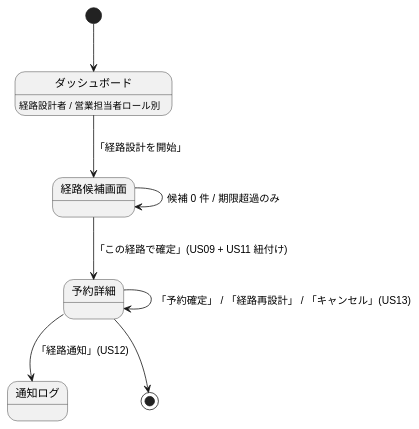
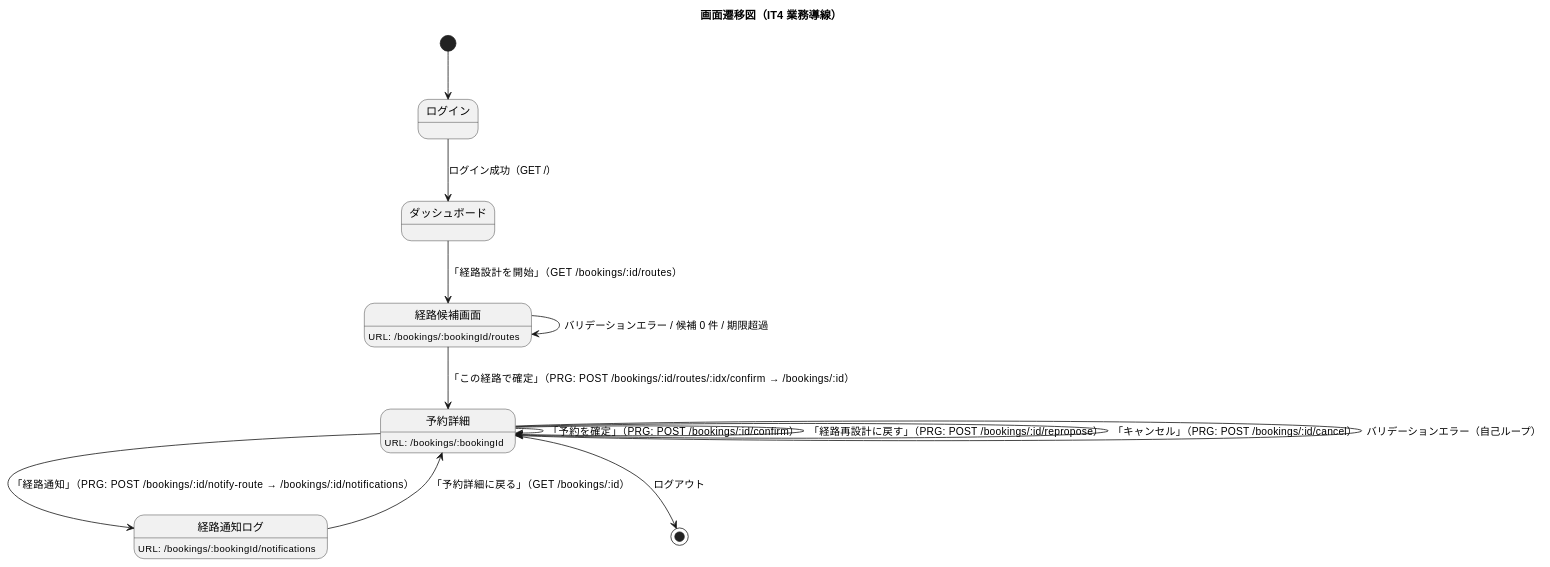
The fifth of 5 diagrams in docs/development/iteration_plan-4.md (k2works/case-study-cargo-tracker), drawn with PlantUML before and after one commit. The commit also changed other lines of this file, not shown here.

````diff
--- a/docs/development/iteration_plan-4.md
+++ b/docs/development/iteration_plan-4.md
@@ -310,13 +527,30 @@
 ```plantuml
 @startuml
-[*] --> ダッシュボード
-state ダッシュボード : 経路設計者 / 営業担当者ロール別
 
-ダッシュボード --> 経路候補画面 : 「経路設計を開始」
-経路候補画面 --> 経路候補画面 : 候補 0 件 / 期限超過のみ
-経路候補画面 --> 予約詳細 : 「この経路で確定」(US09 + US11 紐付け)
-予約詳細 --> 通知ログ : 「経路通知」(US12)
-予約詳細 --> 予約詳細 : 「予約確定」 / 「経路再設計」 / 「キャンセル」(US13)
-予約詳細 --> [*]
+title 画面遷移図（IT4 業務導線）
+
+[*] --> ログイン
+
+state ログイン
+ログイン --> ダッシュボード : ログイン成功（GET /）
+
+state ダッシュボード
+ダッシュボード --> 経路候補画面 : 「経路設計を開始」（GET /bookings/:id/routes）
+
+state 経路候補画面 : URL: /bookings/:bookingId/routes
+経路候補画面 --> 予約詳細 : 「この経路で確定」（PRG: POST /bookings/:id/routes/:idx/confirm → /bookings/:id）
+経路候補画面 --> 経路候補画面 : バリデーションエラー / 候補 0 件 / 期限超過
+
+state 予約詳細 : URL: /bookings/:bookingId
+予約詳細 --> 経路通知ログ : 「経路通知」（PRG: POST /bookings/:id/notify-route → /bookings/:id/notifications）
+予約詳細 --> 予約詳細 : 「予約を確定」（PRG: POST /bookings/:id/confirm）
+予約詳細 --> 予約詳細 : 「経路再設計に戻す」（PRG: POST /bookings/:id/repropose）
+予約詳細 --> 予約詳細 : 「キャンセル」（PRG: POST /bookings/:id/cancel）
+予約詳細 --> 予約詳細 : バリデーションエラー（自己ループ）
+
+state 経路通知ログ : URL: /bookings/:bookingId/notifications
+経路通知ログ --> 予約詳細 : 「予約詳細に戻る」（GET /bookings/:id）
+
+予約詳細 --> [*] : ログアウト
 @enduml
 ```
````
